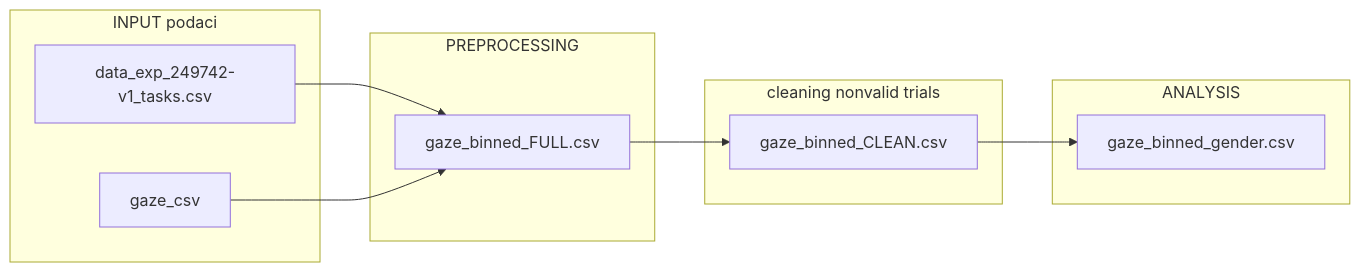
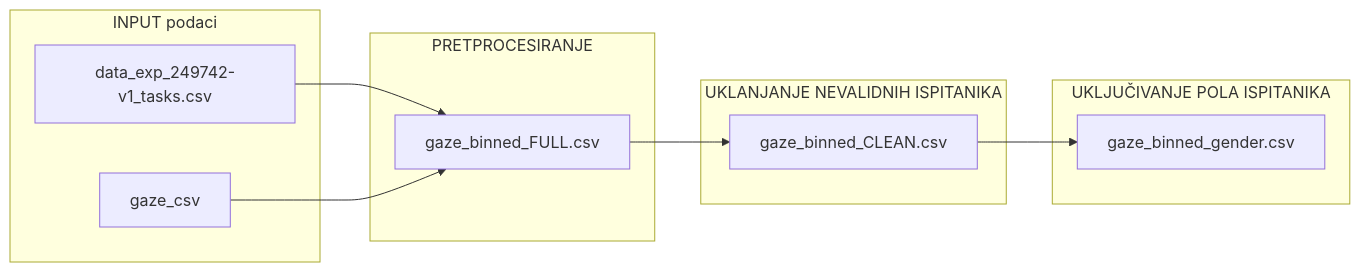
One commit to sara-barac/VWP-data-analysis changed the first of 2 diagrams in README.md. Above: the diagram before and after it, drawn with Mermaid. The commit also changed other lines of this file, not shown here.

````diff
--- a/README.md
+++ b/README.md
@@ -62,24 +101,24 @@
 ```mermaid
 flowchart LR
 
 subgraph INPUT podaci
 A[data_exp_249742-v1_tasks.csv]
 B[gaze_csv]
 end
 
-subgraph PREPROCESSING
+subgraph PRETPROCESIRANJE
 C[gaze_binned_FULL.csv]
 end
 
-subgraph cleaning nonvalid trials
+subgraph UKLANJANJE NEVALIDNIH ISPITANIKA
 D[gaze_binned_CLEAN.csv]
 end
 
-subgraph ANALYSIS
+subgraph UKLJUČIVANJE POLA ISPITANIKA
 E[gaze_binned_gender.csv]
 end
 
 A --> C
 B --> C
 C --> D --> E
 ```
````
